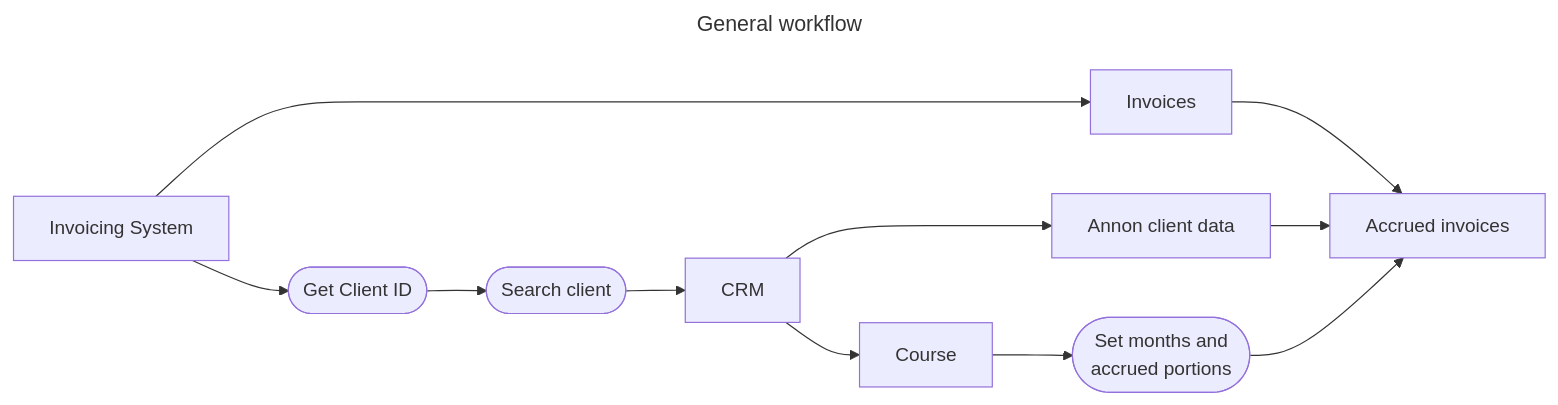
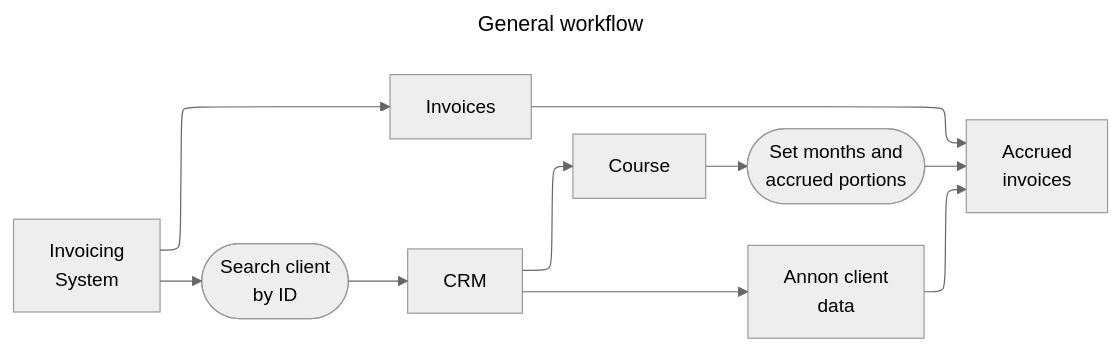
One commit to marcogonzalo/devengo changed the first of 2 diagrams in README.md. Above: the diagram before and after it, drawn with Mermaid. The commit also changed other lines of this file, not shown here.

````diff
--- a/README.md
+++ b/README.md
@@ -46,26 +48,31 @@
 ```mermaid
 ---
 title: General workflow
+config:
+  layout: elk
+  theme: neutral
 ---
 %%{init: {"flowchart": {"htmlLabels": false}} }%%
 flowchart LR;
-    external_invoices["Invoicing System"];
-    invoice_client_data(["Get Client ID"]);
-    search_client(["Search client"]);
+    external_invoices["Invoicing
+System"];
+    search_client(["Search client
+by ID"]);
     accrued_portions(["Set months and
 accrued portions"]);
     invoices["Invoices"];
-    accrued_invoices["Accrued invoices"];
-    client["Annon client data"];
+    accrued_invoices["Accrued
+invoices"];
+    client["Annon client
+data"];
 
-    external_invoices-->invoice_client_data;
-    invoice_client_data-->search_client;
+    external_invoices-->search_client;
     search_client-->CRM;
     CRM-->client;
     CRM-->Course;
     Course-->accrued_portions;
     external_invoices-->invoices;
     invoices-->accrued_invoices;
     client-->accrued_invoices;
     accrued_portions-->accrued_invoices;
 ```
````
